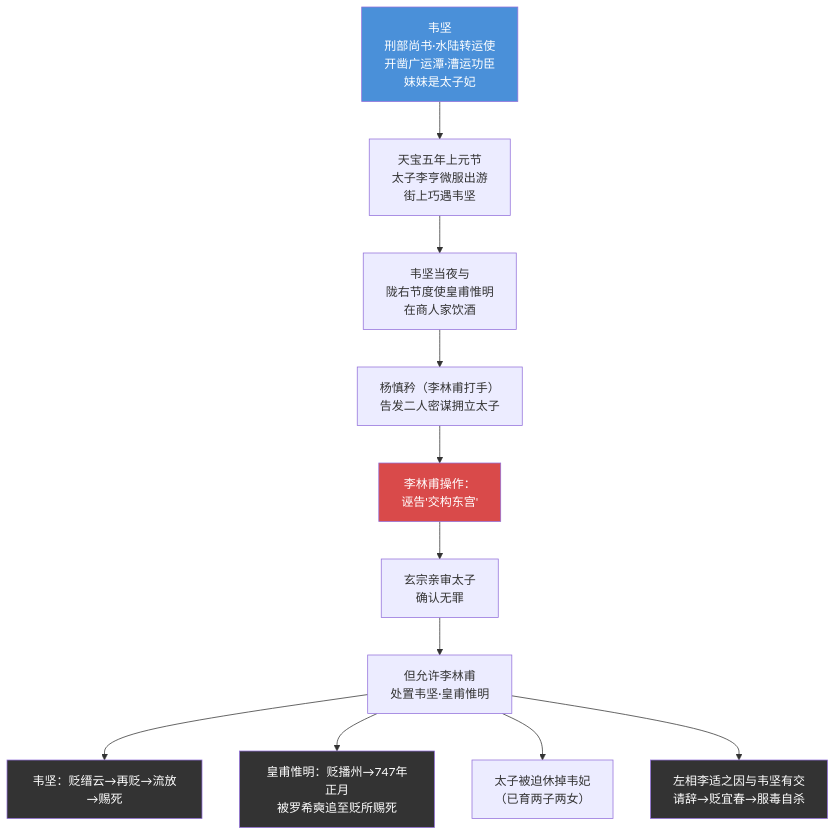
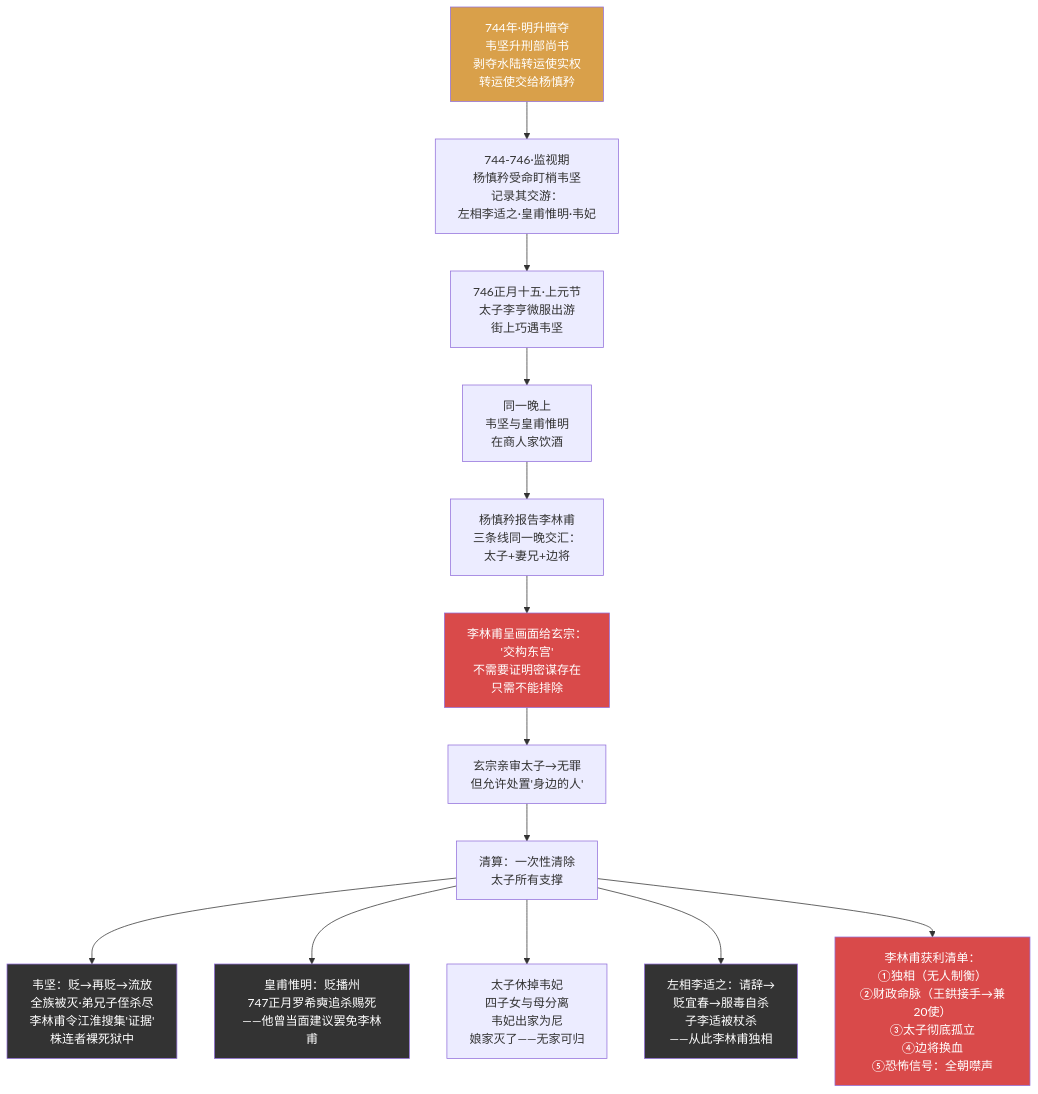
Before and after one commit to SunGrissy/Hermes: the second of 5 diagrams in novel/research/timeline-diagram.md, drawn with Mermaid. The commit also changed other lines of this file and 1 other file, not shown here.

Commit message:
docs(novel): 韦坚案深度扩充——两年布局+利益分配+四案连锁
master-timeline更新：
- 新增744年'明升暗夺'前史（转运使→杨慎矜）
- 新增744-746监视期（杨慎矜盯梢）
- 上元节从'偶遇'改为'画面被拼成故事'的精确触发
- 补充玄宗的操作逻辑：查太子无罪但杀太子身边的人
- 补充韦坚全族覆灭细节（弟兄子侄杀尽+江淮株连）
- 补充李适之自杀→李林甫独相的连锁
- 新增'李林甫获利清单'五项
- 补充韦妃'娘家灭了——无家可归'
- 补充李豫(19岁)看着养母被撕走
- 补充杨慎矜此案角色→为747年被灭铺垫
- 鱼的段落增加压胜钱细节呼应

timeline-diagram更新：
- 流程图从4步扩展为12步（含前史）
- 新增'李林甫获利清单'节点
- 人物背景补充5条深度分析
- 新增'四案之间的连锁逻辑'段落

````diff
--- a/novel/research/timeline-diagram.md
+++ b/novel/research/timeline-diagram.md
@@ -112,19 +114,22 @@
 ```mermaid
 flowchart TD
-    A["韦坚<br/>刑部尚书·水陆转运使<br/>开凿广运潭·漕运功臣<br/>妹妹是太子妃"] --> B["天宝五年上元节<br/>太子李亨微服出游<br/>街上巧遇韦坚"]
-    B --> C["韦坚当夜与<br/>陇右节度使皇甫惟明<br/>在商人家饮酒"]
-    C --> D["杨慎矜（李林甫打手）<br/>告发二人密谋拥立太子"]
-    D --> E["李林甫操作：<br/>诬告'交构东宫'"]
-    E --> F["玄宗亲审太子<br/>确认无罪"]
-    F --> G["但允许李林甫<br/>处置韦坚·皇甫惟明"]
-    G --> H["韦坚：贬缙云→再贬→流放→赐死"]
-    G --> I["皇甫惟明：贬播州→747年正月<br/>被罗希奭追至贬所赐死"]
-    G --> J["太子被迫休掉韦妃<br/>（已育两子两女）"]
-    G --> K["左相李适之因与韦坚有交<br/>请辞→贬宜春→服毒自杀"]
+    A0["744年·明升暗夺<br/>韦坚升刑部尚书<br/>剥夺水陆转运使实权<br/>转运使交给杨慎矜"] --> A1["744-746·监视期<br/>杨慎矜受命盯梢韦坚<br/>记录其交游：<br/>左相李适之·皇甫惟明·韦妃"]
+    A1 --> B["746正月十五·上元节<br/>太子李亨微服出游<br/>街上巧遇韦坚"]
+    B --> C["同一晚上<br/>韦坚与皇甫惟明<br/>在商人家饮酒"]
+    C --> D["杨慎矜报告李林甫<br/>三条线同一晚交汇：<br/>太子+妻兄+边将"]
+    D --> E["李林甫呈画面给玄宗：<br/>'交构东宫'<br/>不需要证明密谋存在<br/>只需不能排除"]
+    E --> F["玄宗亲审太子→无罪<br/>但允许处置'身边的人'"]
+    F --> G["清算：一次性清除<br/>太子所有支撑"]
+    G --> H["韦坚：贬→再贬→流放<br/>全族被灭·弟兄子侄杀尽<br/>李林甫令江淮搜集'证据'<br/>株连者裸死狱中"]
+    G --> I["皇甫惟明：贬播州<br/>747正月罗希奭追杀赐死<br/>——他曾当面建议罢免李林甫"]
+    G --> J["太子休掉韦妃<br/>四子女与母分离<br/>韦妃出家为尼<br/>娘家灭了——无家可归"]
+    G --> K["左相李适之：请辞→<br/>贬宜春→服毒自杀<br/>子李适被杖杀<br/>——从此李林甫独相"]
+    G --> L["李林甫获利清单：<br/>①独相（无人制衡）<br/>②财政命脉（王鉷接手→兼20使）<br/>③太子彻底孤立<br/>④边将换血<br/>⑤恐怖信号：全朝噤声"]
     
-    style A fill:#4a90d9,color:#fff
+    style A0 fill:#d9a04a,color:#fff
     style E fill:#d94a4a,color:#fff
     style H fill:#333,color:#fff
     style I fill:#333,color:#fff
     style K fill:#333,color:#fff
+    style L fill:#d94a4a,color:#fff
 ```
````
